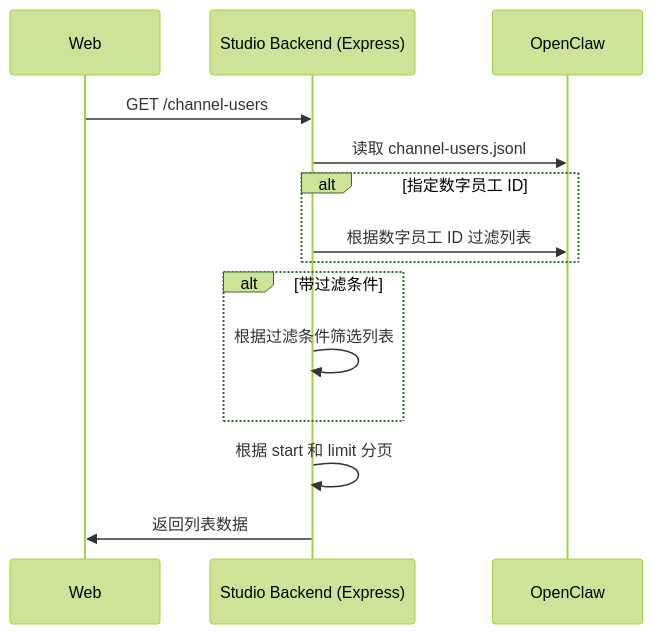
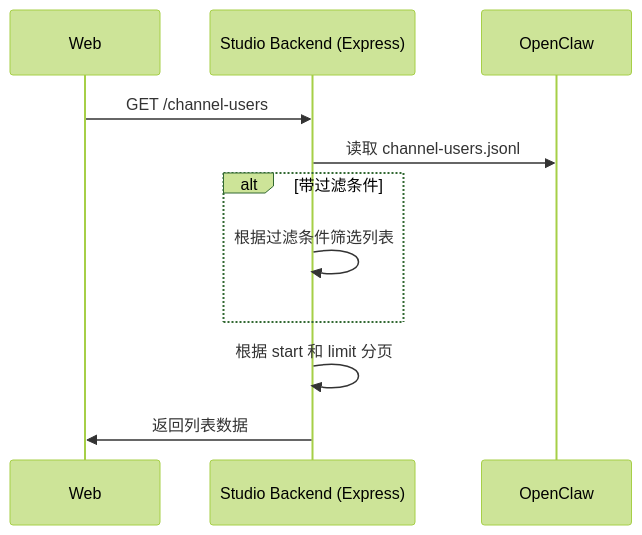
One commit to yannan/kweaver-dip changed the diagram in design/feature/studio/channel-message.md. Above: the diagram before and after it, drawn with Mermaid (forest theme). The commit also changed other lines of this file and 11 other files, not shown here.

````diff
--- a/design/feature/studio/channel-message.md
+++ b/design/feature/studio/channel-message.md
@@ -220,22 +130,18 @@
 ```mermaid
 sequenceDiagram
 
 participant SW as Web
 participant BE as Studio Backend (Express)
 participant OC as OpenClaw
 
 SW ->> BE: GET /channel-users
 BE ->> OC: 读取 channel-users.jsonl
 
-alt 指定数字员工 ID
-  BE ->> OC: 根据数字员工 ID 过滤列表
-end
-
 alt 带过滤条件
   BE ->> BE: 根据过滤条件筛选列表
 end
 
 BE ->> BE: 根据 start 和 limit 分页
 BE ->> SW: 返回列表数据
 
 ```
````
